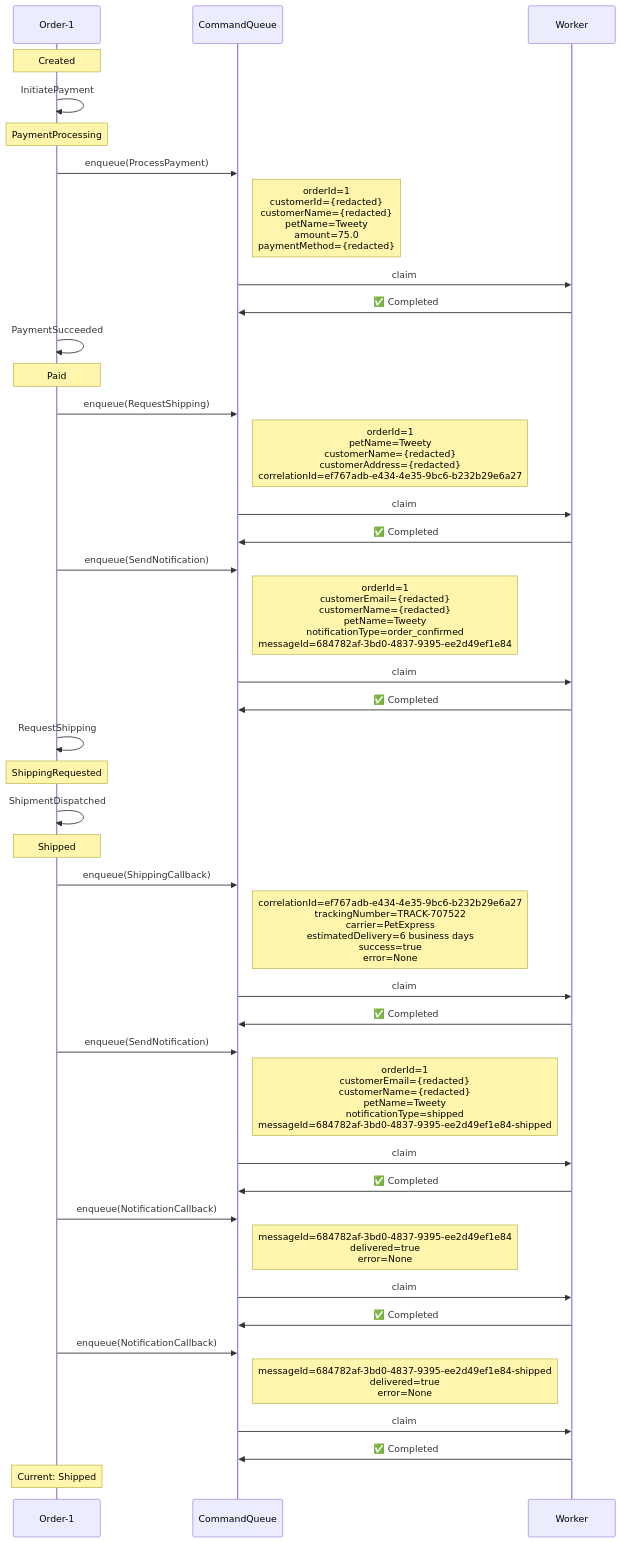
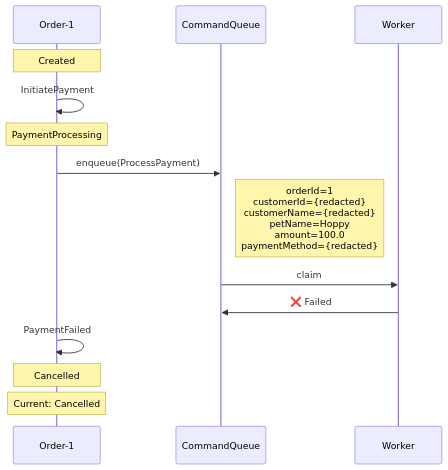
Before and after one commit to Iterable/mechanoid: the first of 3 diagrams in docs/visualizations/order-1-trace.md, drawn with Mermaid. The commit also changed other lines of this file and 19 other files, not shown here.

````diff
--- a/docs/visualizations/order-1-trace.md
+++ b/docs/visualizations/order-1-trace.md
@@ -11,46 +11,18 @@
 ```mermaid
 %%{init: {'themeCSS': '.noteText { text-align: left !important; }'}}%%
 sequenceDiagram
     participant FSM as Order-1
     participant CQ as CommandQueue
     participant W as Worker
 
     Note over FSM: Created
     FSM->>FSM: InitiatePayment
     Note over FSM: PaymentProcessing
     FSM->>CQ: enqueue(ProcessPayment)
-    Note right of CQ: orderId=1<br/>customerId={redacted}<br/>customerName={redacted}<br/>petName=Tweety<br/>amount=75.0<br/>paymentMethod={redacted}
+    Note right of CQ: orderId=1<br/>customerId={redacted}<br/>customerName={redacted}<br/>petName=Hoppy<br/>amount=100.0<br/>paymentMethod={redacted}
     CQ->>W: claim
-    W->>CQ: ✅ Completed
-    FSM->>FSM: PaymentSucceeded
-    Note over FSM: Paid
-    FSM->>CQ: enqueue(RequestShipping)
-    Note right of CQ: orderId=1<br/>petName=Tweety<br/>customerName={redacted}<br/>customerAddress={redacted}<br/>correlationId=ef767adb-e434-4e35-9bc6-b232b29e6a27
-    CQ->>W: claim
-    W->>CQ: ✅ Completed
-    FSM->>CQ: enqueue(SendNotification)
-    Note right of CQ: orderId=1<br/>customerEmail={redacted}<br/>customerName={redacted}<br/>petName=Tweety<br/>notificationType=order_confirmed<br/>messageId=684782af-3bd0-4837-9395-ee2d49ef1e84
-    CQ->>W: claim
-    W->>CQ: ✅ Completed
-    FSM->>FSM: RequestShipping
-    Note over FSM: ShippingRequested
-    FSM->>FSM: ShipmentDispatched
-    Note over FSM: Shipped
-    FSM->>CQ: enqueue(ShippingCallback)
-    Note right of CQ: correlationId=ef767adb-e434-4e35-9bc6-b232b29e6a27<br/>trackingNumber=TRACK-707522<br/>carrier=PetExpress<br/>estimatedDelivery=6 business days<br/>success=true<br/>error=None
-    CQ->>W: claim
-    W->>CQ: ✅ Completed
-    FSM->>CQ: enqueue(SendNotification)
-    Note right of CQ: orderId=1<br/>customerEmail={redacted}<br/>customerName={redacted}<br/>petName=Tweety<br/>notificationType=shipped<br/>messageId=684782af-3bd0-4837-9395-ee2d49ef1e84-shipped
-    CQ->>W: claim
-    W->>CQ: ✅ Completed
-    FSM->>CQ: enqueue(NotificationCallback)
-    Note right of CQ: messageId=684782af-3bd0-4837-9395-ee2d49ef1e84<br/>delivered=true<br/>error=None
-    CQ->>W: claim
-    W->>CQ: ✅ Completed
-    FSM->>CQ: enqueue(NotificationCallback)
-    Note right of CQ: messageId=684782af-3bd0-4837-9395-ee2d49ef1e84-shipped<br/>delivered=true<br/>error=None
-    CQ->>W: claim
-    W->>CQ: ✅ Completed
-    Note over FSM: Current: Shipped
+    W->>CQ: ❌ Failed
+    FSM->>FSM: PaymentFailed
+    Note over FSM: Cancelled
+    Note over FSM: Current: Cancelled
 ```
````
